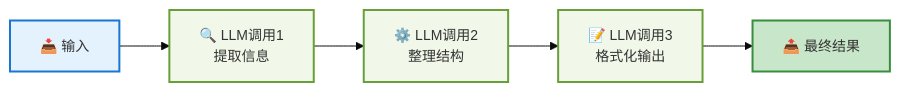
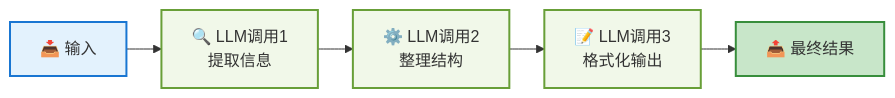
The third of 8 diagrams in agent/AI_Agent_完整入门指南.md (yxzf/claude-code-guide), drawn with Mermaid before and after one commit. The commit also changed other lines of this file, not shown here.

First line of the commit message:
正确调整图表尺寸大小

````diff
--- a/agent/AI_Agent_完整入门指南.md
+++ b/agent/AI_Agent_完整入门指南.md
@@ -170,16 +168,14 @@
 ```mermaid
-%%{init: {'theme':'base', 'themeVariables': {'primaryColor':'#f0f9ff'}}}%%
+%%{init: {'flowchart': {'nodeSpacing': 25, 'rankSpacing': 35}}}%%
 graph LR
     A[📥 输入] --> B[🔍 LLM调用1<br/>提取信息]
     B --> C[⚙️ LLM调用2<br/>整理结构]
     C --> D[📝 LLM调用3<br/>格式化输出]
     D --> E[📤 最终结果]
     
     style A fill:#e3f2fd,stroke:#1976d2,stroke-width:2px
     style E fill:#c8e6c9,stroke:#388e3c,stroke-width:2px
     style B fill:#f1f8e9,stroke:#689f38,stroke-width:2px
     style C fill:#f1f8e9,stroke:#689f38,stroke-width:2px
     style D fill:#f1f8e9,stroke:#689f38,stroke-width:2px
-    
-    classDef default font-size:14px
 ```
````
